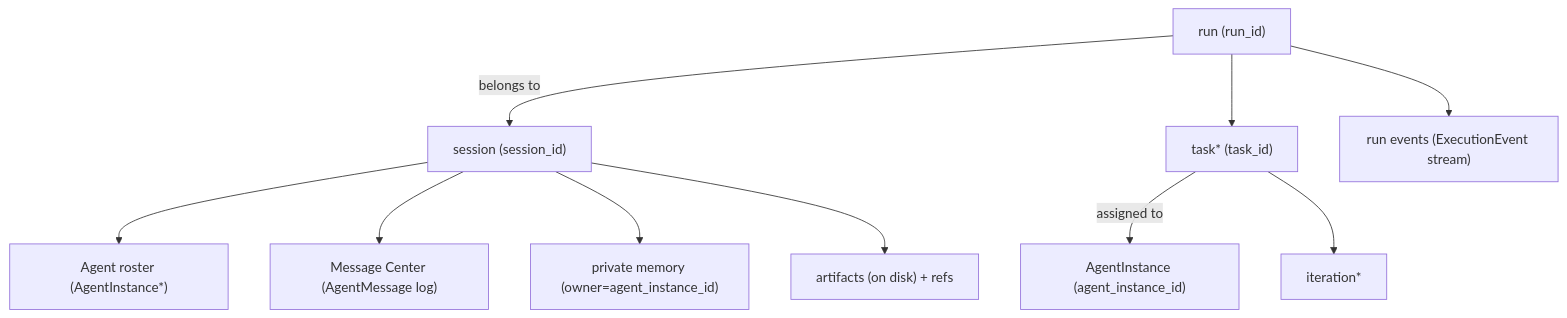
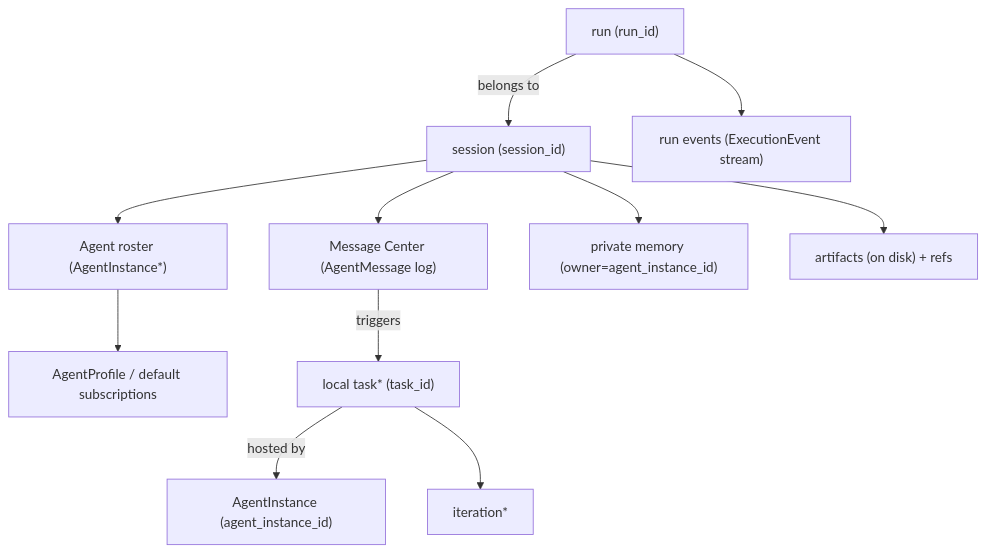
One commit to TonyXieXie/AgentPractice changed the first of 2 diagrams in tauri-agent-next/docs/concepts.md. Above: the diagram before and after it, drawn with Mermaid. The commit also changed other lines of this file and 48 other files, not shown here.

````diff
--- a/tauri-agent-next/docs/concepts.md
+++ b/tauri-agent-next/docs/concepts.md
@@ -222,13 +280,14 @@
 ```mermaid
 flowchart TD
   session["session (session_id)"] --> roster["Agent roster (AgentInstance*)"]
+  roster --> profiles["AgentProfile / default subscriptions"]
   session --> mc["Message Center (AgentMessage log)"]
   session --> priv["private memory (owner=agent_instance_id)"]
   session --> artifacts["artifacts (on disk) + refs"]
 
   run["run (run_id)"] -->|belongs to| session
-  run --> tasks["task* (task_id)"]
-  tasks -->|assigned to| agent["AgentInstance (agent_instance_id)"]
+  run --> runEvents["run events (ExecutionEvent stream)"]
+  mc -->|triggers| tasks["local task* (task_id)"]
+  tasks -->|hosted by| agent["AgentInstance (agent_instance_id)"]
   tasks --> iters["iteration*"]
-  run --> runEvents["run events (ExecutionEvent stream)"]
 ```
````
